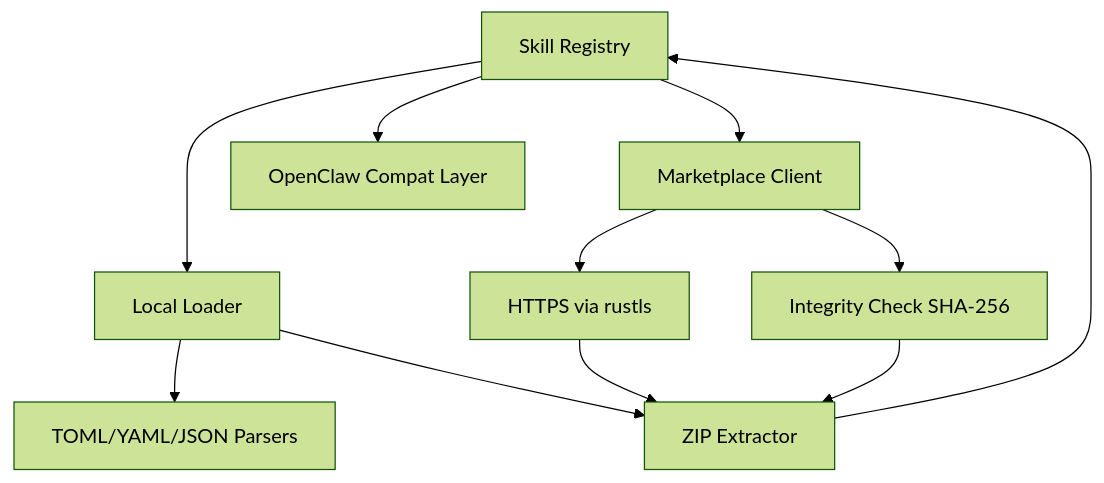
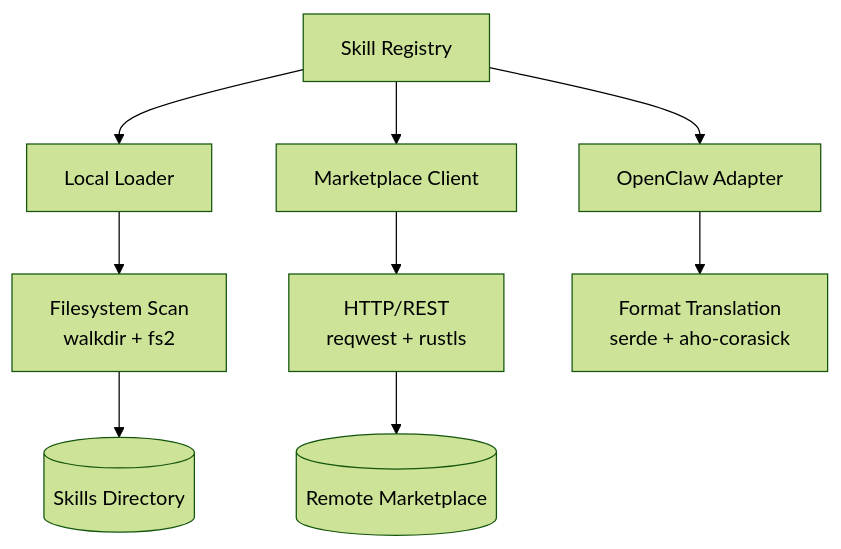
One commit to leszek3737/librefang-WIki changed the diagram in other-librefang-skills.md. Above: the diagram before and after it, drawn with Mermaid (forest theme). The commit also changed other lines of this file and 110 other files, not shown here.

````diff
--- a/other-librefang-skills.md
+++ b/other-librefang-skills.md
@@ -13,13 +20,11 @@
 ```mermaid
 graph TD
     A[Skill Registry] --> B[Local Loader]
     A --> C[Marketplace Client]
-    B --> D[ TOML/YAML/JSON Parsers ]
-    B --> E[ZIP Extractor]
-    C --> F[HTTPS via rustls]
-    C --> G[Integrity Check SHA-256]
-    E --> A
-    F --> E
-    G --> E
-    A --> H[OpenClaw Compat Layer]
+    A --> D[OpenClaw Adapter]
+    B --> E[Filesystem Scan<br/>walkdir + fs2]
+    C --> F[HTTP/REST<br/>reqwest + rustls]
+    D --> G[Format Translation<br/>serde + aho-corasick]
+    E --> H[(Skills Directory)]
+    F --> I[(Remote Marketplace)]
 ```
````
